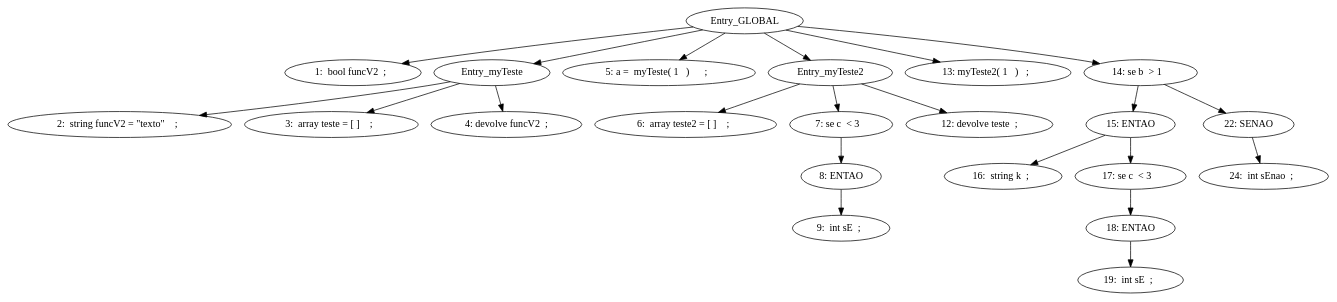
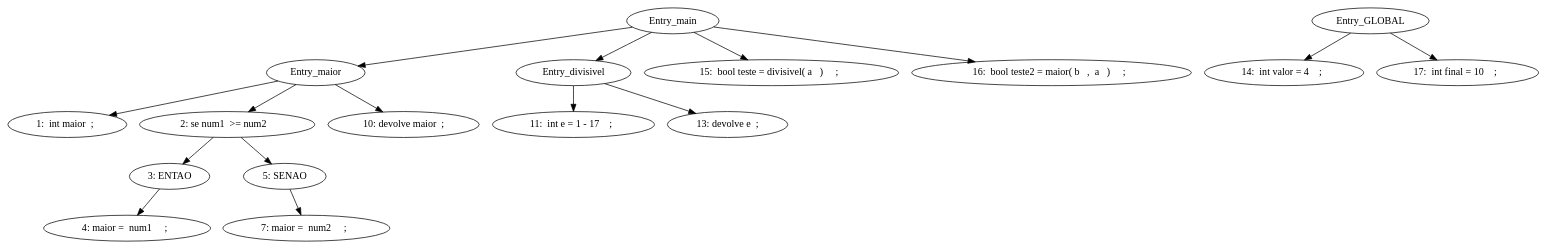
Before and after one commit to Yakari144/ImperativeLanguageAnalyser: the diagram in sdg.dot, drawn with Graphviz. The commit also changed 7 other files, not shown here.

```diff
--- a/sdg.dot
+++ b/sdg.dot
@@ -1,23 +1,17 @@
-digraph SDG{
-Entry_GLOBAL -> "1:  bool funcV2  ;  "
-"Entry_myTeste" -> "2:  string funcV2 = \"texto\"    ;  "
-"Entry_myTeste" -> "3:  array teste = [ ]    ;  "
-"Entry_myTeste" -> "4: devolve funcV2  ; "
-Entry_GLOBAL -> "Entry_myTeste"
-Entry_GLOBAL -> "5: a =  myTeste( 1   )      ;  "
-"Entry_myTeste2" -> "6:  array teste2 = [ ]    ;  "
-"Entry_myTeste2" -> "7: se c  < 3   "
-"7: se c  < 3   " -> "8: ENTAO"
-"8: ENTAO" -> "9:  int sE  ;  "
-"Entry_myTeste2" -> "12: devolve teste  ; "
-Entry_GLOBAL -> "Entry_myTeste2"
-Entry_GLOBAL -> "13: myTeste2( 1   )   ;  "
-Entry_GLOBAL -> "14: se b  > 1   "
-"14: se b  > 1   " -> "15: ENTAO"
-"15: ENTAO" -> "16:  string k  ;  "
-"15: ENTAO" -> "17: se c  < 3   "
-"17: se c  < 3   " -> "18: ENTAO"
-"18: ENTAO" -> "19:  int sE  ;  "
-"14: se b  > 1   " -> "22: SENAO"
-"22: SENAO" -> "24:  int sEnao  ;  "
+digraph G {
+"Entry_maior" -> "1:  int maior  ;  "
+"Entry_maior" -> "2: se num1  >= num2   "
+"2: se num1  >= num2   " -> "3: ENTAO"
+"3: ENTAO" -> "4: maior =  num1     ;  "
+"2: se num1  >= num2   " -> "5: SENAO"
+"5: SENAO" -> "7: maior =  num2     ;  "
+"Entry_maior" -> "10: devolve maior  ; "
+"Entry_divisivel" -> "11:  int e = 1 - 17    ;  "
+"Entry_divisivel" -> "13: devolve e  ; "
+Entry_GLOBAL -> "14:  int valor = 4    ;  "
+"Entry_main" -> "Entry_divisivel"
+"Entry_main" -> "15:  bool teste = divisivel( a   )     ;  "
+"Entry_main" -> "Entry_maior"
+"Entry_main" -> "16:  bool teste2 = maior( b   ,  a   )     ;  "
+Entry_GLOBAL -> "17:  int final = 10    ;  "
 }
```
